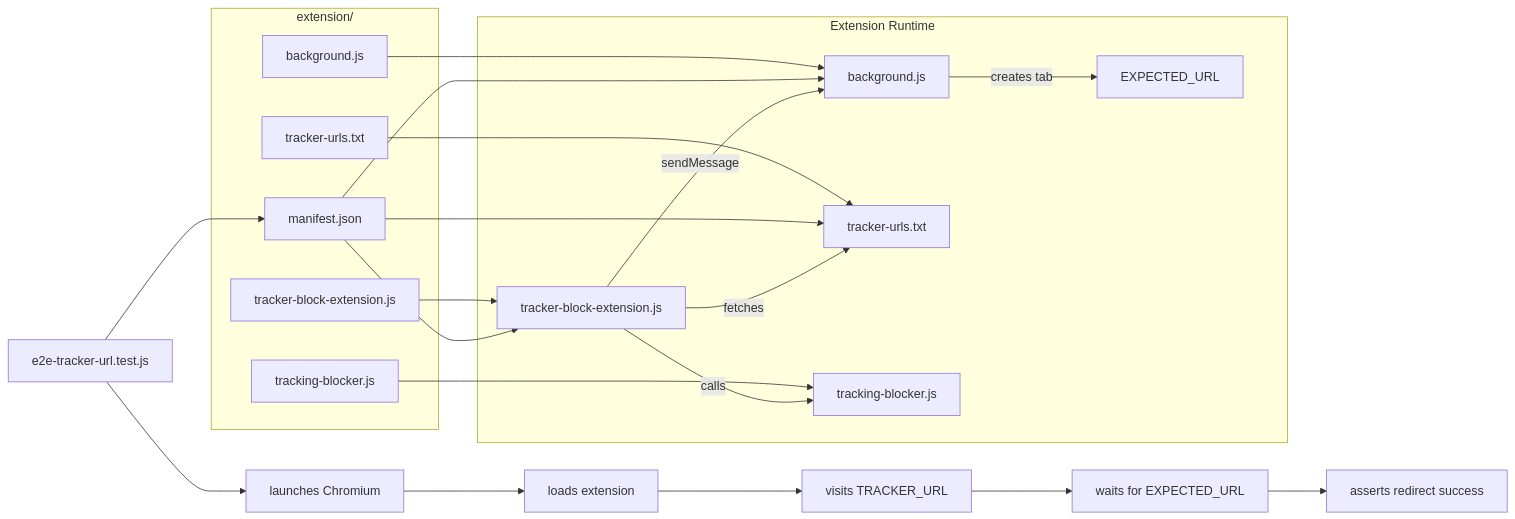
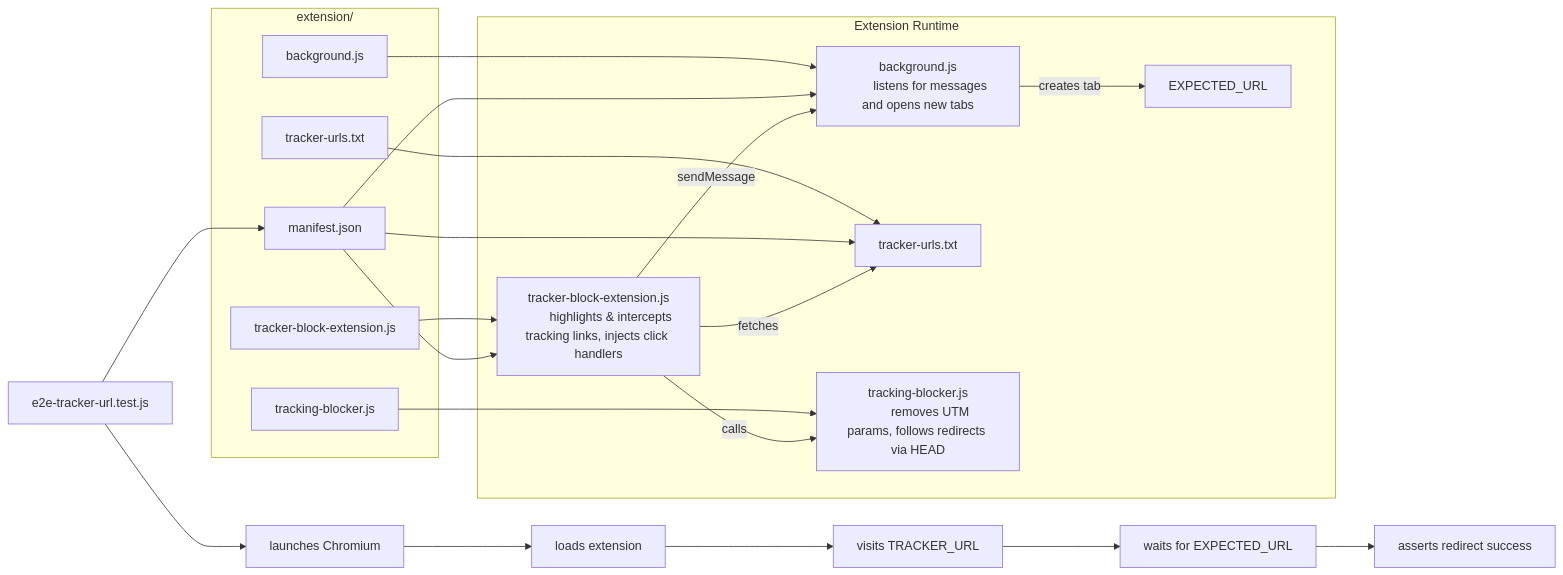
Before and after one commit to 66-24/tracker-block: the diagram in README.md, drawn with Mermaid. The commit also changed other lines of this file and 7 other files, not shown here.

````diff
--- a/README.md
+++ b/README.md
@@ -6,40 +5,43 @@
 ```mermaid
 graph LR
   %% Puppeteer Test Logic
   TestScript[e2e-tracker-url.test.js] --> Launch[launches Chromium]
   Launch --> LoadExt[loads extension]
   LoadExt --> TestPage[visits TRACKER_URL]
   TestPage --> WaitTab[waits for EXPECTED_URL]
   WaitTab --> Assert[asserts redirect success]
 
   %% Extension Runtime
   subgraph Extension Runtime
-    ContentScript[tracker-block-extension.js]
-    Background[background.js]
+    ContentScript[tracker-block-extension.js
+        highlights & intercepts tracking links, injects click handlers]
+    Background[background.js
+        listens for messages and opens new tabs]
     ContentScript -->|fetches| URLList[tracker-urls.txt]
-    ContentScript -->|calls| Bypass[tracking-blocker.js]
+    ContentScript -->|calls| Bypass[tracking-blocker.js
+        removes UTM params, follows redirects via HEAD]
     ContentScript -->|sendMessage| Background
     Background -->|creates tab| EXPECTED[EXPECTED_URL]
   end
 
   %% Filesystem Source
   subgraph extension/
     Manifest[manifest.json]
     ContentScriptFS[tracker-block-extension.js]
     BackgroundFS[background.js]
     BypassFS[tracking-blocker.js]
     URLListFS[tracker-urls.txt]
   end
 
   Manifest --> ContentScript
   Manifest --> Background
   Manifest --> URLList
   ContentScriptFS --> ContentScript
   BackgroundFS --> Background
   BypassFS --> Bypass
   URLListFS --> URLList
 
   %% External connections
   TestScript --> Manifest
 
 ```
````
